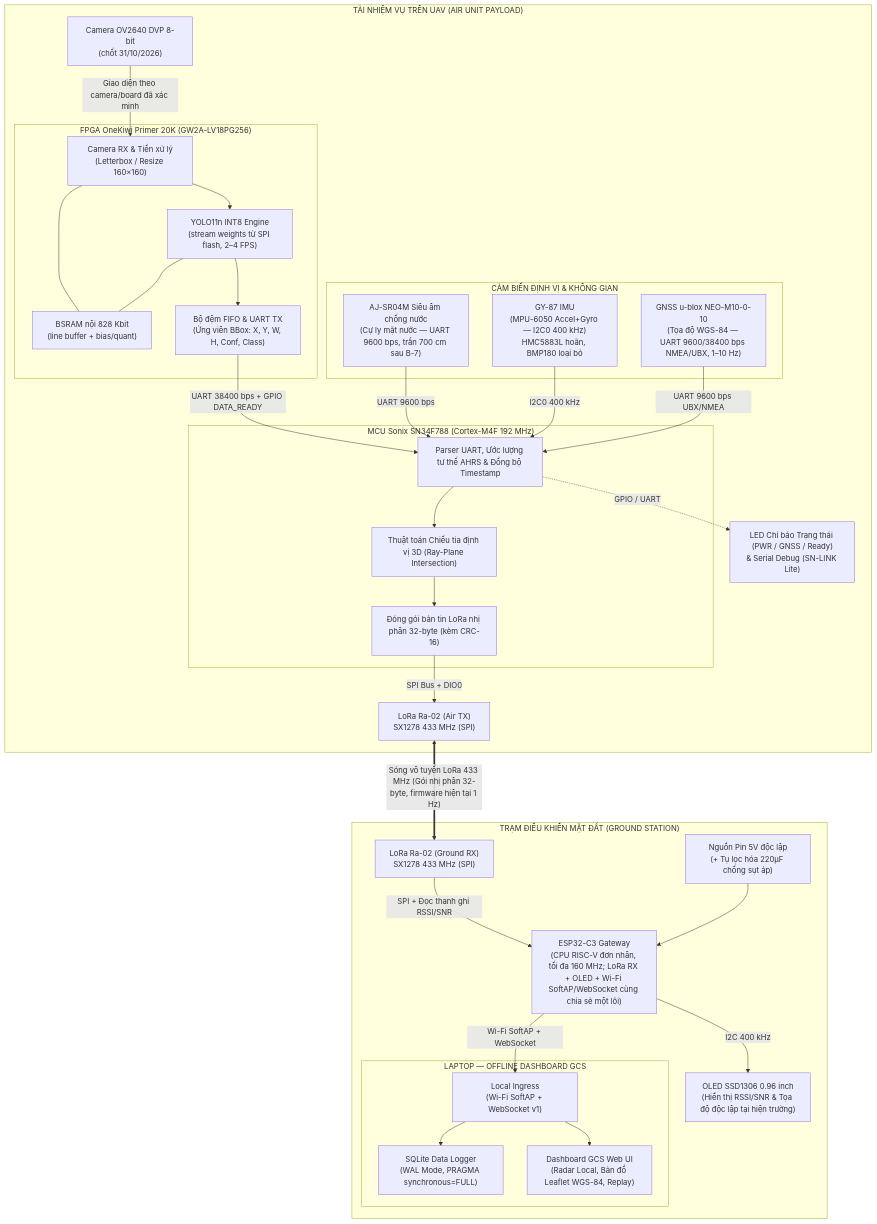
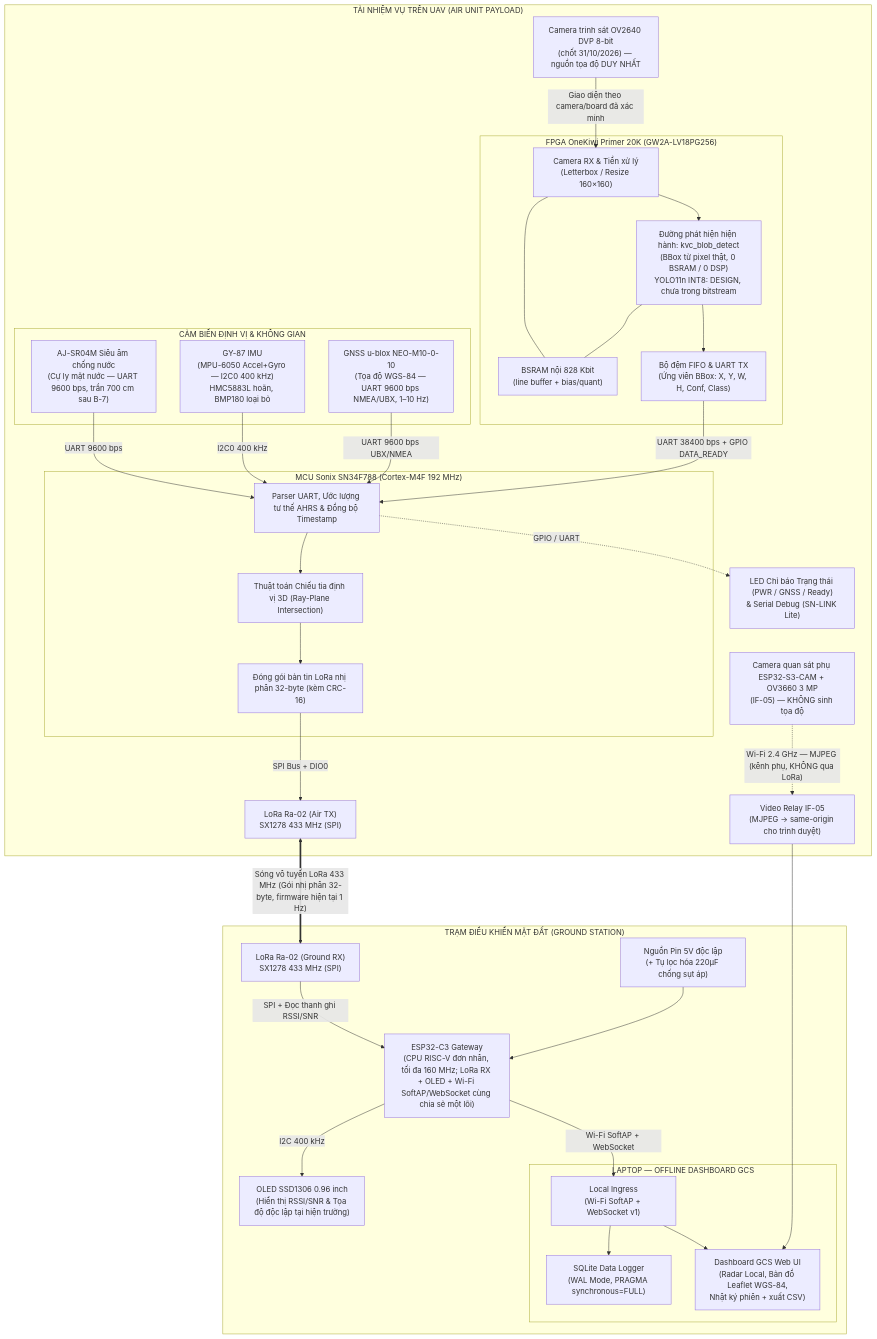
The diagram in docs/architecture/KVC_ThietKeHeThong.md (duyphong375/uav_payload), drawn with Mermaid before and after one commit. The commit also changed other lines of this file and 50 other files, not shown here.

Commit message:
docs: bo Replay khoi UI, bo sung IF-05 ESP32-S3-CAM, dong bo trang thai ky thuat

````diff
--- a/docs/architecture/KVC_ThietKeHeThong.md
+++ b/docs/architecture/KVC_ThietKeHeThong.md
@@ -87,59 +90,63 @@
 ```mermaid
 flowchart TB
     subgraph AIR["TẢI NHIỆM VỤ TRÊN UAV (AIR UNIT PAYLOAD)"]
-        CAM["Camera OV2640 DVP 8-bit<br/>(chốt 31/10/2026)"]
+        CAM["Camera trinh sát OV2640 DVP 8-bit<br/>(chốt 31/10/2026) — nguồn tọa độ DUY NHẤT"]
         subgraph FPGA_BOX["FPGA OneKiwi Primer 20K (GW2A-LV18PG256)"]
             RX["Camera RX & Tiền xử lý<br/>(Letterbox / Resize 160×160)"]
             MEM["BSRAM nội 828 Kbit<br/>(line buffer + bias/quant)"]
-            AI["YOLO11n INT8 Engine<br/>(stream weights từ SPI flash, 2–4 FPS)"]
+            AI["Đường phát hiện hiện hành: kvc_blob_detect<br/>(BBox từ pixel thật, 0 BSRAM / 0 DSP)<br/>YOLO11n INT8: DESIGN, chưa trong bitstream"]
             TX["Bộ đệm FIFO & UART TX<br/>(Ứng viên BBox: X, Y, W, H, Conf, Class)"]
             RX --- MEM
             RX --> AI
             AI --- MEM
             AI --> TX
         end
+        CAM_S3["Camera quan sát phụ ESP32-S3-CAM + OV3660 3 MP<br/>(IF-05) — KHÔNG sinh tọa độ"]
         subgraph MCU_AIR["MCU Sonix SN34F788 (Cortex-M4F 192 MHz)"]
             FUSION["Parser UART, Ước lượng tư thế AHRS & Đồng bộ Timestamp"]
             GEOREF["Thuật toán Chiếu tia định vị 3D (Ray-Plane Intersection)"]
             PACKET["Đóng gói bản tin LoRa nhị phân 32-byte (kèm CRC-16)"]
             FUSION --> GEOREF --> PACKET
         end
         subgraph SENSORS["CẢM BIẾN ĐỊNH VỊ & KHÔNG GIAN"]
             ULTRASONIC["AJ-SR04M Siêu âm chống nước<br/>(Cự ly mặt nước — UART 9600 bps, trần 700 cm sau B-7)"]
             IMU["GY-87 IMU<br/>(MPU-6050 Accel+Gyro — I2C0 400 kHz)<br/>HMC5883L hoãn, BMP180 loại bỏ"]
-            GNSS["GNSS u-blox NEO-M10-0-10<br/>(Tọa độ WGS-84 — UART 9600/38400 bps NMEA/UBX, 1–10 Hz)"]
+            GNSS["GNSS u-blox NEO-M10-0-10<br/>(Tọa độ WGS-84 — UART 9600 bps NMEA/UBX, 1–10 Hz)"]
         end
         RF1["LoRa Ra-02 (Air TX)<br/>SX1278 433 MHz (SPI)"]
         LED_STATUS["LED Chỉ báo Trạng thái (PWR / GNSS / Ready)<br/>& Serial Debug (SN-LINK Lite)"]
 
         CAM -->|Giao diện theo camera/board đã xác minh| RX
         TX -->|UART 38400 bps + GPIO DATA_READY| FUSION
         ULTRASONIC -->|UART 9600 bps| FUSION
         IMU -->|I2C0 400 kHz| FUSION
         GNSS -->|UART 9600 bps UBX/NMEA| FUSION
         PACKET -->|SPI Bus + DIO0| RF1
         FUSION -.->|GPIO / UART| LED_STATUS
+        CAM_S3 -.->|"Wi-Fi 2.4 GHz — MJPEG (kênh phụ, KHÔNG qua LoRa)"| VIDEO
     end
 
     subgraph GROUND["TRẠM ĐIỀU KHIỂN MẶT ĐẤT (GROUND STATION)"]
         RF2["LoRa Ra-02 (Ground RX)<br/>SX1278 433 MHz (SPI)"]
         MCU_GND["ESP32-C3 Gateway<br/>(CPU RISC-V đơn nhân, tối đa 160 MHz; LoRa RX + OLED + Wi-Fi SoftAP/WebSocket cùng chia sẻ một lõi)"]
         OLED_GND["OLED SSD1306 0.96 inch<br/>(Hiển thị RSSI/SNR & Tọa độ độc lập tại hiện trường)"]
         PWR["Nguồn Pin 5V độc lập<br/>(+ Tụ lọc hóa 220µF chống sụt áp)"]
 
         subgraph PC["LAPTOP — OFFLINE DASHBOARD GCS"]
             INGRESS["Local Ingress<br/>(Wi-Fi SoftAP + WebSocket v1)"]
+            VIDEO["Video Relay IF-05<br/>(MJPEG → same-origin cho trình duyệt)"]
             DB["SQLite Data Logger<br/>(WAL Mode, PRAGMA synchronous=FULL)"]
-            UI["Dashboard GCS Web UI<br/>(Radar Local, Bản đồ Leaflet WGS-84, Replay)"]
+            UI["Dashboard GCS Web UI<br/>(Radar Local, Bản đồ Leaflet WGS-84,<br/>Nhật ký phiên + xuất CSV)"]
             INGRESS --> DB
             INGRESS --> UI
+            VIDEO --> UI
         end
 
         RF2 -->|SPI + Đọc thanh ghi RSSI/SNR| MCU_GND
         PWR --> MCU_GND
         MCU_GND -->|I2C 400 kHz| OLED_GND
         MCU_GND -->|Wi-Fi SoftAP + WebSocket| INGRESS
     end
 
     RF1 <==>|"Sóng vô tuyến LoRa 433 MHz (Gói nhị phân 32-byte, firmware hiện tại 1 Hz)"| RF2
 ```
````
